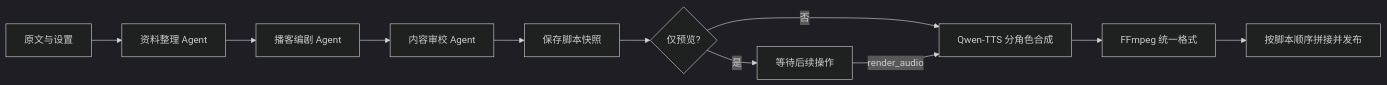
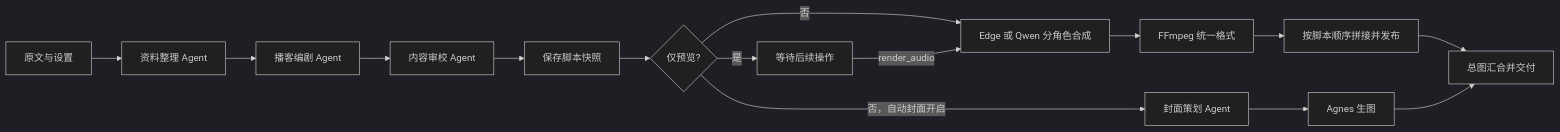
One commit to l616974162-glitch/podcast-workbench changed the diagram in README.md. Above: the diagram before and after it, drawn with Mermaid (dark theme). The commit also changed other lines of this file and 22 other files, not shown here.

````diff
--- a/README.md
+++ b/README.md
@@ -122,13 +123,17 @@
 ```mermaid
 flowchart LR
     I[原文与设置] --> A[资料整理 Agent]
     A --> B[播客编剧 Agent]
     B --> C[内容审校 Agent]
     C --> S[保存脚本快照]
     S --> P{仅预览?}
     P -->|是| R[等待后续操作]
-    P -->|否| T[Qwen-TTS 分角色合成]
+    P -->|否| T[Edge 或 Qwen 分角色合成]
+    P -->|否，自动封面开启| D[封面策划 Agent]
+    D --> G[Agnes 生图]
     R -->|render_audio| T
     T --> F[FFmpeg 统一格式]
     F --> M[按脚本顺序拼接并发布]
+    M --> J[总图汇合并交付]
+    G --> J
 ```
````
